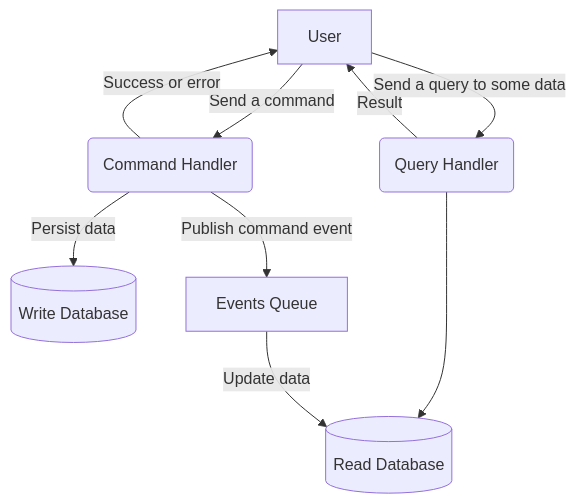
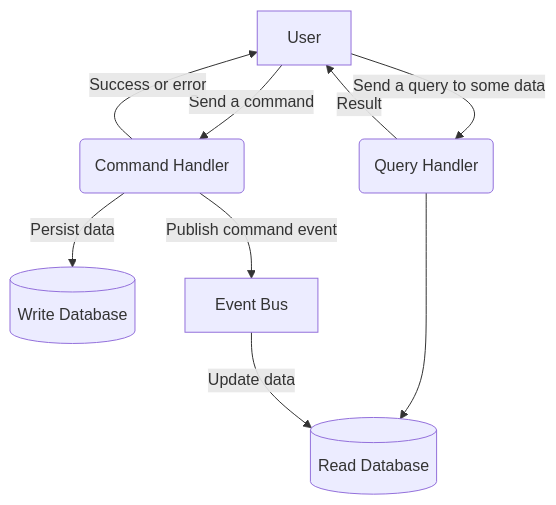
One commit to Luisgustavom1/microservices-study changed the diagram in cqrs/README.md. Above: the diagram before and after it, drawn with Mermaid.

````diff
--- a/cqrs/README.md
+++ b/cqrs/README.md
@@ -2,18 +2,18 @@
 ```mermaid
 graph TD
     User[User] --> |Send a command| CommandHandler
     CommandHandler -->|Success or error| User
     CommandHandler --> |Persist data| WriteDb
     CommandHandler --> |Publish command event| Queue
 
     User --> |Send a query to some data| QueryHandler
     QueryHandler --> ReadDb 
     QueryHandler -->|"Result"| User
     Queue --> |Update data| ReadDb
     
     CommandHandler(Command Handler)
     QueryHandler(Query Handler)
     ReadDb[(Read Database)]
     WriteDb[(Write Database)]
-    Queue["Events Queue"]
+    Queue["Event Bus"]
 ```
````
